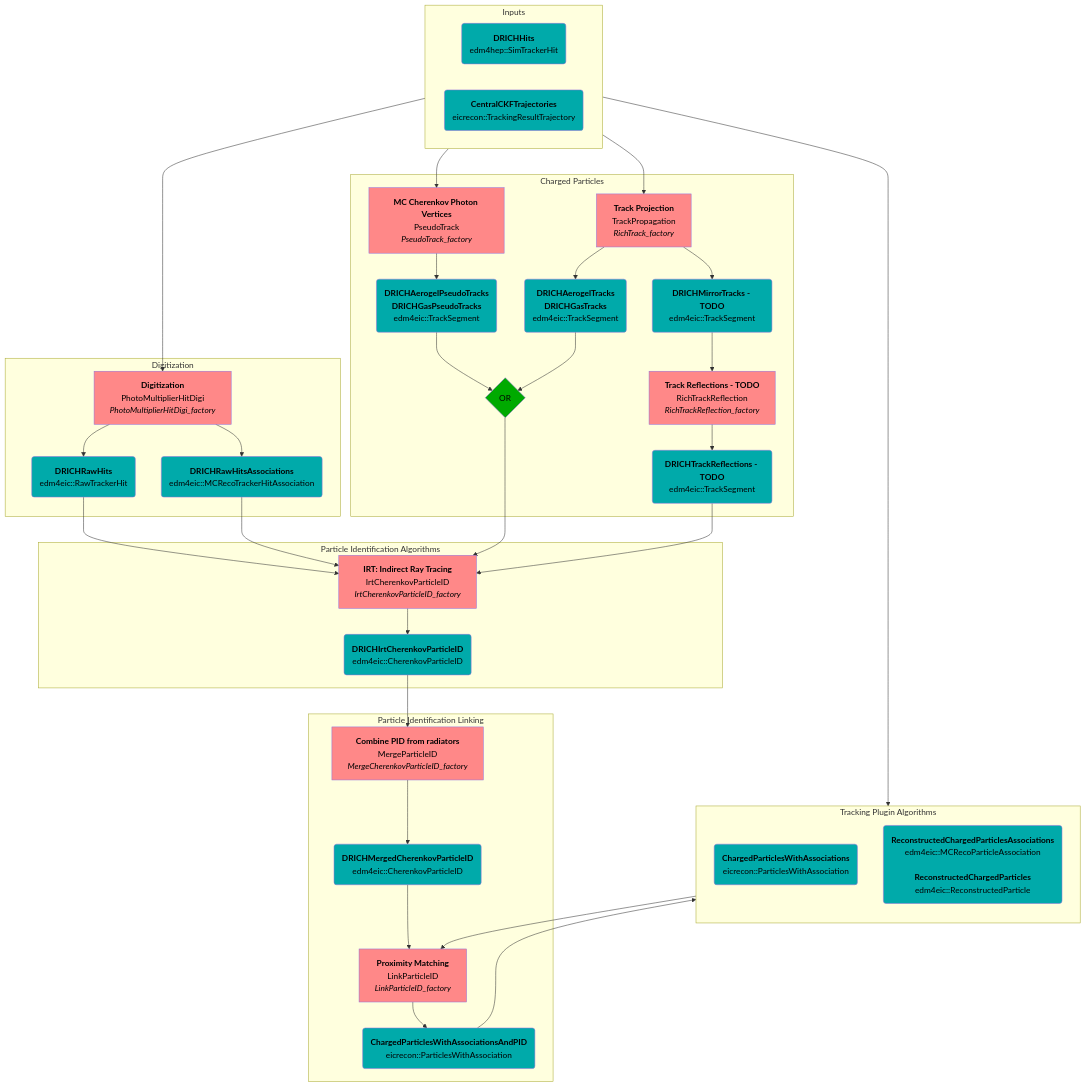
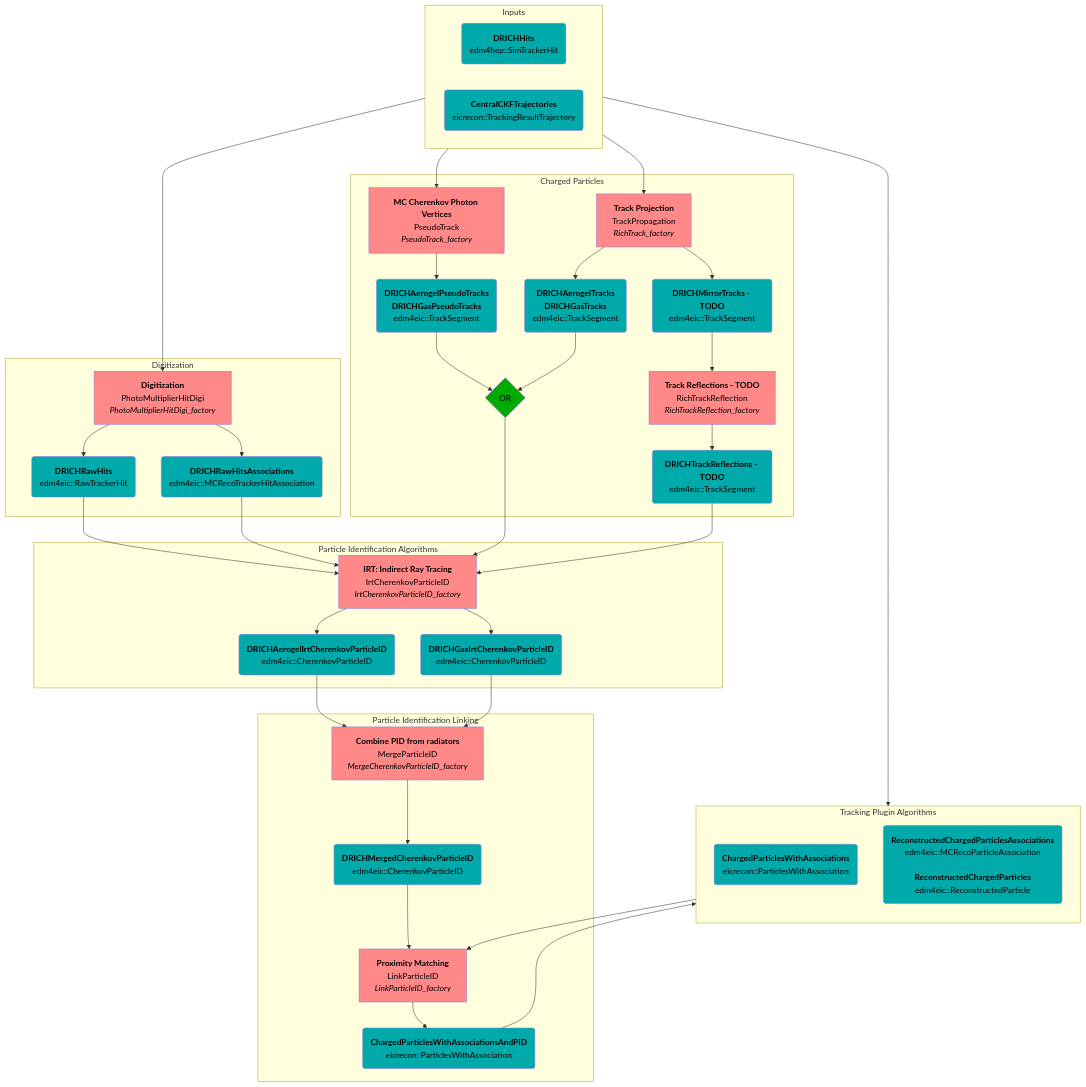
The second of 5 diagrams in src/detectors/DRICH/README.md (eic/EICrecon), drawn with Mermaid before and after one commit.

Commit message:
modified:   src/detectors/DRICH/README.md

```diff
--- a/src/detectors/DRICH/README.md
+++ b/src/detectors/DRICH/README.md
@@ -50,7 +50,8 @@
 
   subgraph Particle Identification Algorithms
     IRT[<strong>IRT: Indirect Ray Tracing</strong><br/>IrtCherenkovParticleID<br><i>IrtCherenkovParticleID_factory</i>]:::alg
-    IRTPID(<strong>DRICHIrtCherenkovParticleID</strong><br/>edm4eic::CherenkovParticleID):::col
+    IRTPIDAerogel(<strong>DRICHAerogelIrtCherenkovParticleID</strong><br/>edm4eic::CherenkovParticleID):::col
+    IRTPIDGas(<strong>DRICHGasIrtCherenkovParticleID</strong><br/>edm4eic::CherenkovParticleID):::col
   end
 
   subgraph Particle Identification Linking
@@ -92,8 +93,10 @@
   HitAssocs --> IRT
   TrackOR --> IRT
   Reflections --> IRT
-  IRT --> IRTPID
-  IRTPID --> Merge
+  IRT --> IRTPIDAerogel
+  IRT --> IRTPIDGas
+  IRTPIDAerogel --> Merge
+  IRTPIDGas --> Merge
   Merge --> MergePID
 
   %% linking
```
